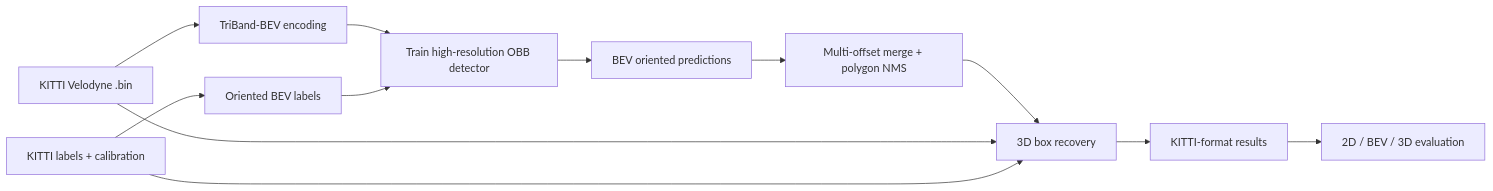
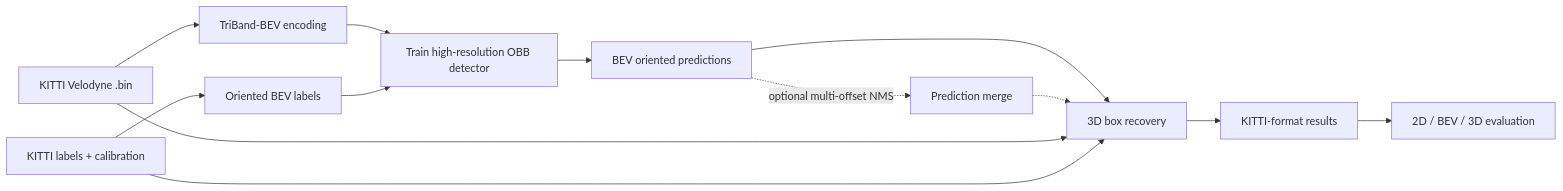
The diagram in README.md (mohammadkhsh/TriBand-BEV), drawn with Mermaid before and after one commit. The commit also changed other lines of this file, not shown here.

Commit message:
Clarify optional multi-offset inference

````diff
--- a/README.md
+++ b/README.md
@@ -25,14 +25,15 @@
 ```mermaid
 flowchart LR
     A[KITTI Velodyne .bin] --> B[TriBand-BEV encoding]
     C[KITTI labels + calibration] --> D[Oriented BEV labels]
     B --> E[Train high-resolution OBB detector]
     D --> E
     E --> F[BEV oriented predictions]
-    F --> G[Multi-offset merge + polygon NMS]
-    G --> H[3D box recovery]
+    F --> H[3D box recovery]
+    F -. optional multi-offset NMS .-> G[Prediction merge]
+    G -.-> H
     A --> H
     C --> H
     H --> I[KITTI-format results]
     I --> J[2D / BEV / 3D evaluation]
 ```
````
